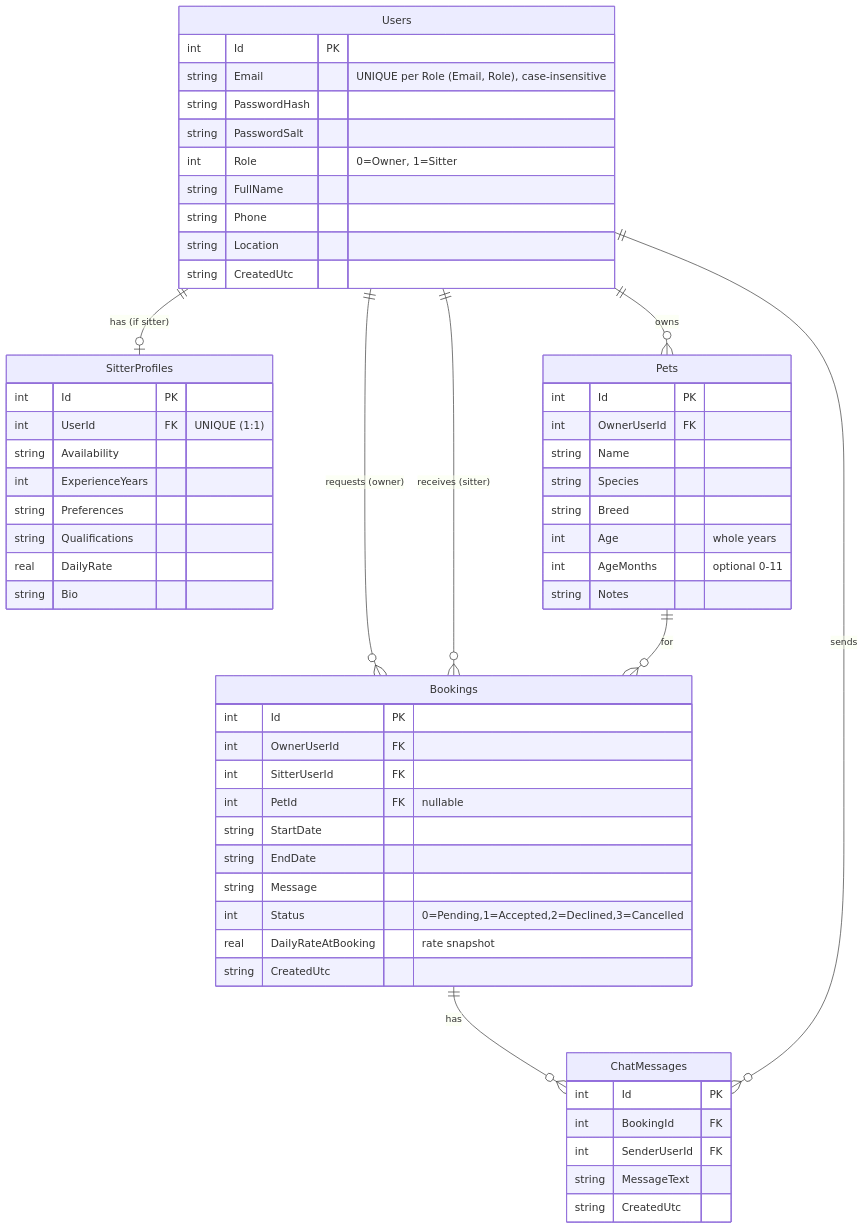
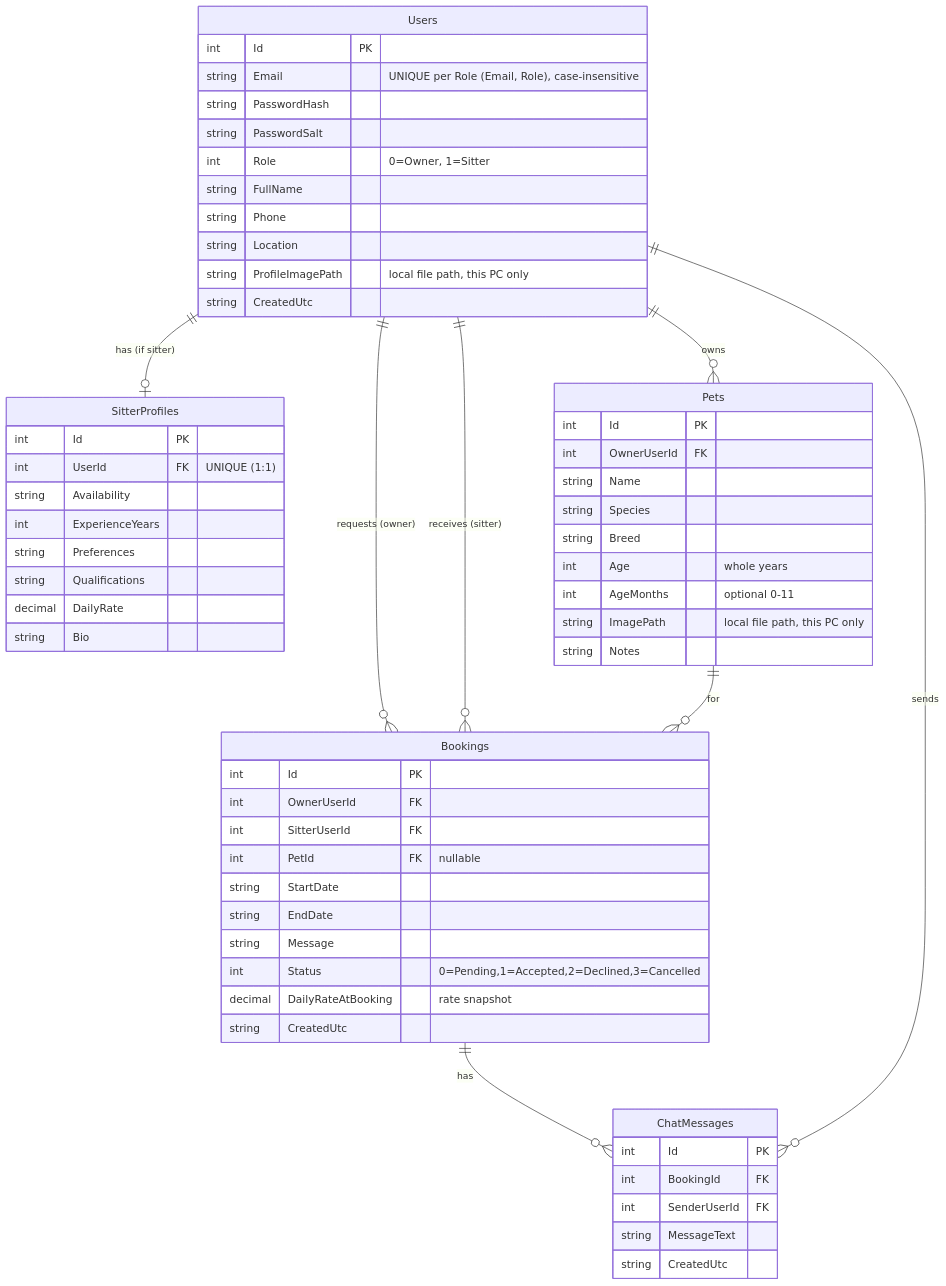
One commit to Misterdynamite/PetSitters changed the second of 4 diagrams in docs/Architecture.md. Above: the diagram before and after it, drawn with Mermaid. The commit also changed other lines of this file and 38 other files, not shown here.

````diff
--- a/docs/Architecture.md
+++ b/docs/Architecture.md
@@ -118,61 +161,63 @@
 ```mermaid
 erDiagram
     Users ||--o| SitterProfiles : "has (if sitter)"
     Users ||--o{ Pets : owns
     Users ||--o{ Bookings : "requests (owner)"
     Users ||--o{ Bookings : "receives (sitter)"
     Pets  ||--o{ Bookings : "for"
     Bookings ||--o{ ChatMessages : "has"
     Users ||--o{ ChatMessages : sends
 
     Users {
         int Id PK
         string Email "UNIQUE per Role (Email, Role), case-insensitive"
         string PasswordHash
         string PasswordSalt
         int Role "0=Owner, 1=Sitter"
         string FullName
         string Phone
         string Location
+        string ProfileImagePath "local file path, this PC only"
         string CreatedUtc
     }
     SitterProfiles {
         int Id PK
         int UserId FK "UNIQUE (1:1)"
         string Availability
         int ExperienceYears
         string Preferences
         string Qualifications
-        real DailyRate
+        decimal DailyRate
         string Bio
     }
     Pets {
         int Id PK
         int OwnerUserId FK
         string Name
         string Species
         string Breed
         int Age "whole years"
         int AgeMonths "optional 0-11"
+        string ImagePath "local file path, this PC only"
         string Notes
     }
     Bookings {
         int Id PK
         int OwnerUserId FK
         int SitterUserId FK
         int PetId FK "nullable"
         string StartDate
         string EndDate
         string Message
         int Status "0=Pending,1=Accepted,2=Declined,3=Cancelled"
-        real DailyRateAtBooking "rate snapshot"
+        decimal DailyRateAtBooking "rate snapshot"
         string CreatedUtc
     }
     ChatMessages {
         int Id PK
         int BookingId FK
         int SenderUserId FK
         string MessageText
         string CreatedUtc
     }
 ```
````
